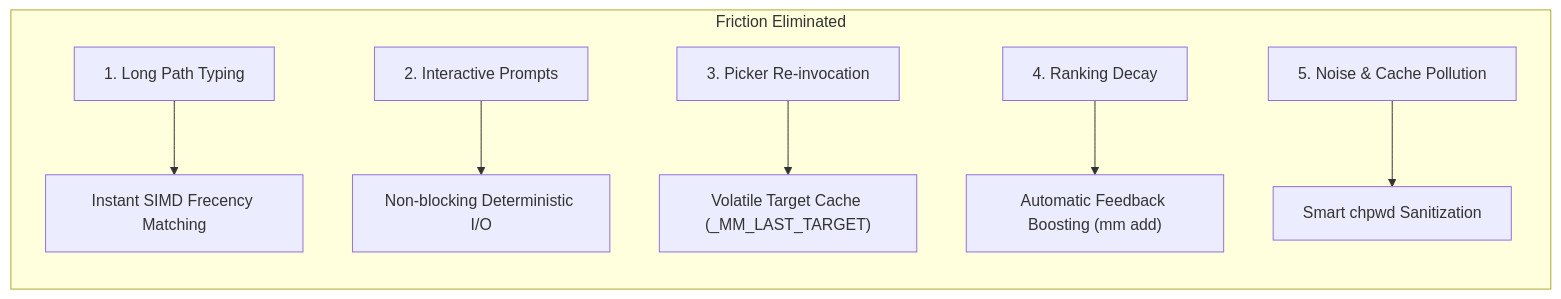
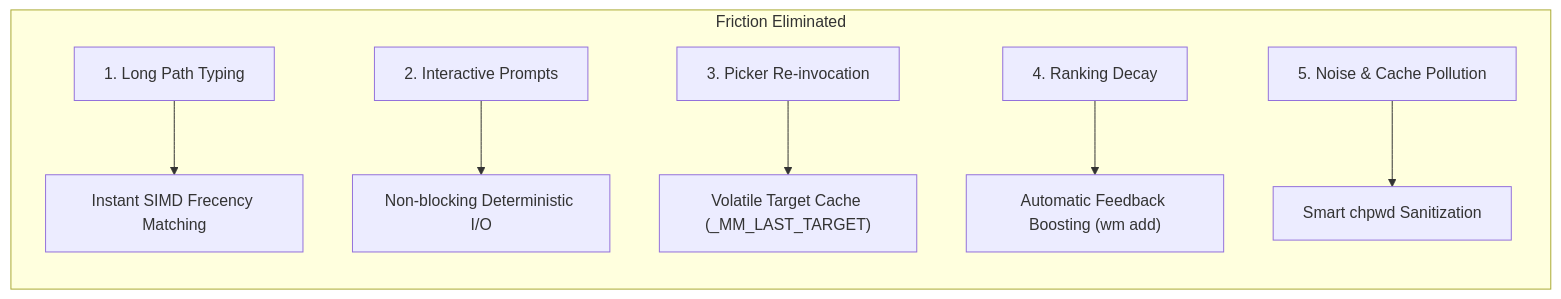
The first of 2 diagrams in docs/architecture/zero-friction-file-transfer-benchmark.md (felipecm-br/.dotfiles), drawn with Mermaid before and after one commit. The commit also changed other lines of this file and 48 other files, not shown here.

````diff
--- a/docs/architecture/zero-friction-file-transfer-benchmark.md
+++ b/docs/architecture/zero-friction-file-transfer-benchmark.md
@@ -67,10 +67,10 @@
 ```mermaid
 flowchart LR
     subgraph FrictionEliminated ["Friction Eliminated"]
         A["1. Long Path Typing"] --> F1["Instant SIMD Frecency Matching"]
         B["2. Interactive Prompts"] --> F2["Non-blocking Deterministic I/O"]
         C["3. Picker Re-invocation"] --> F3["Volatile Target Cache (_MM_LAST_TARGET)"]
-        D["4. Ranking Decay"] --> F4["Automatic Feedback Boosting (mm add)"]
+        D["4. Ranking Decay"] --> F4["Automatic Feedback Boosting (wm add)"]
         E["5. Noise & Cache Pollution"] --> F5["Smart chpwd Sanitization"]
     end
 ```
````
